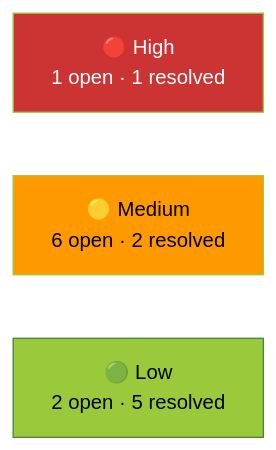
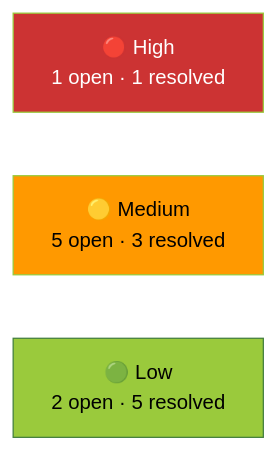
The diagram in docs/tech-debt.md (marcelofrau/xb-homebrew-vault), drawn with Mermaid before and after one commit. The commit also changed other lines of this file and 11 other files, not shown here.

First line of the commit message:
chore: bump v0.9.3 — roadmap/readme update, silent-catches fix, AdminHelper removal

````diff
--- a/docs/tech-debt.md
+++ b/docs/tech-debt.md
@@ -262,10 +260,10 @@
 ```mermaid
 graph LR
     H["🔴 High<br/>1 open · 1 resolved"]
-    M["🟡 Medium<br/>6 open · 2 resolved"]
+    M["🟡 Medium<br/>5 open · 3 resolved"]
     L["🟢 Low<br/>2 open · 5 resolved"]
     
     style H fill:#CC3333,stroke:#9ACA3C,color:#fff
     style M fill:#FF9900,stroke:#9ACA3C,color:#000
     style L fill:#9ACA3C,stroke:#447F3E,color:#000
 ```
````
